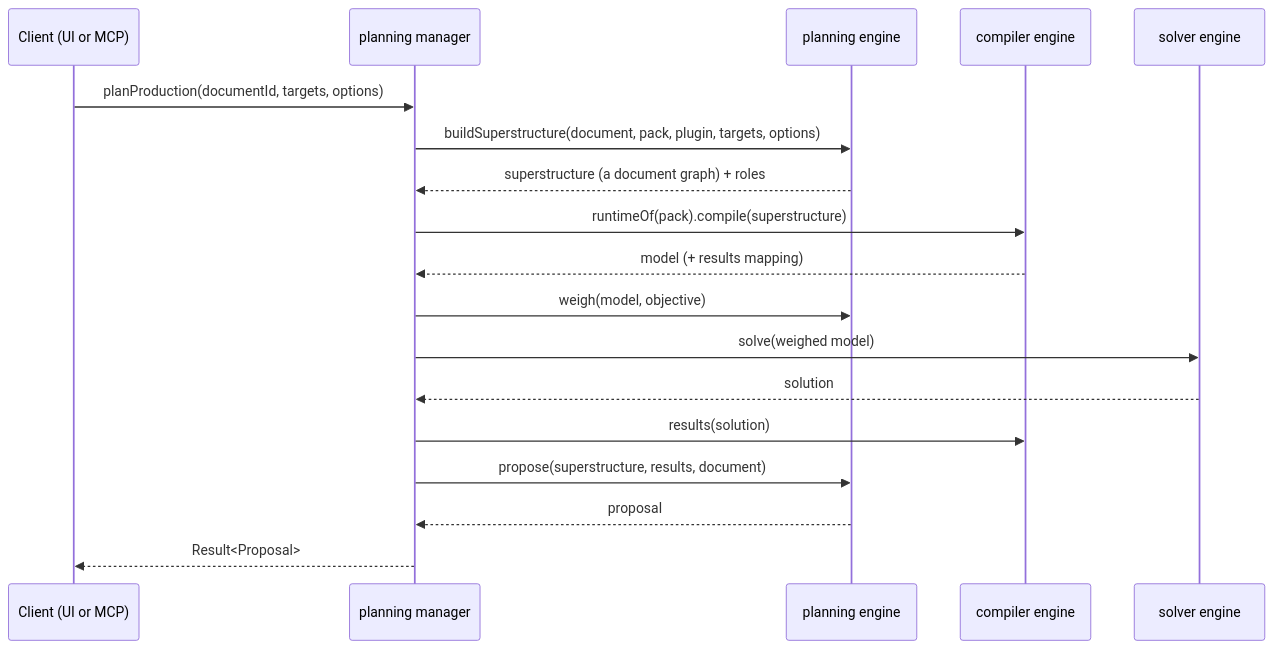
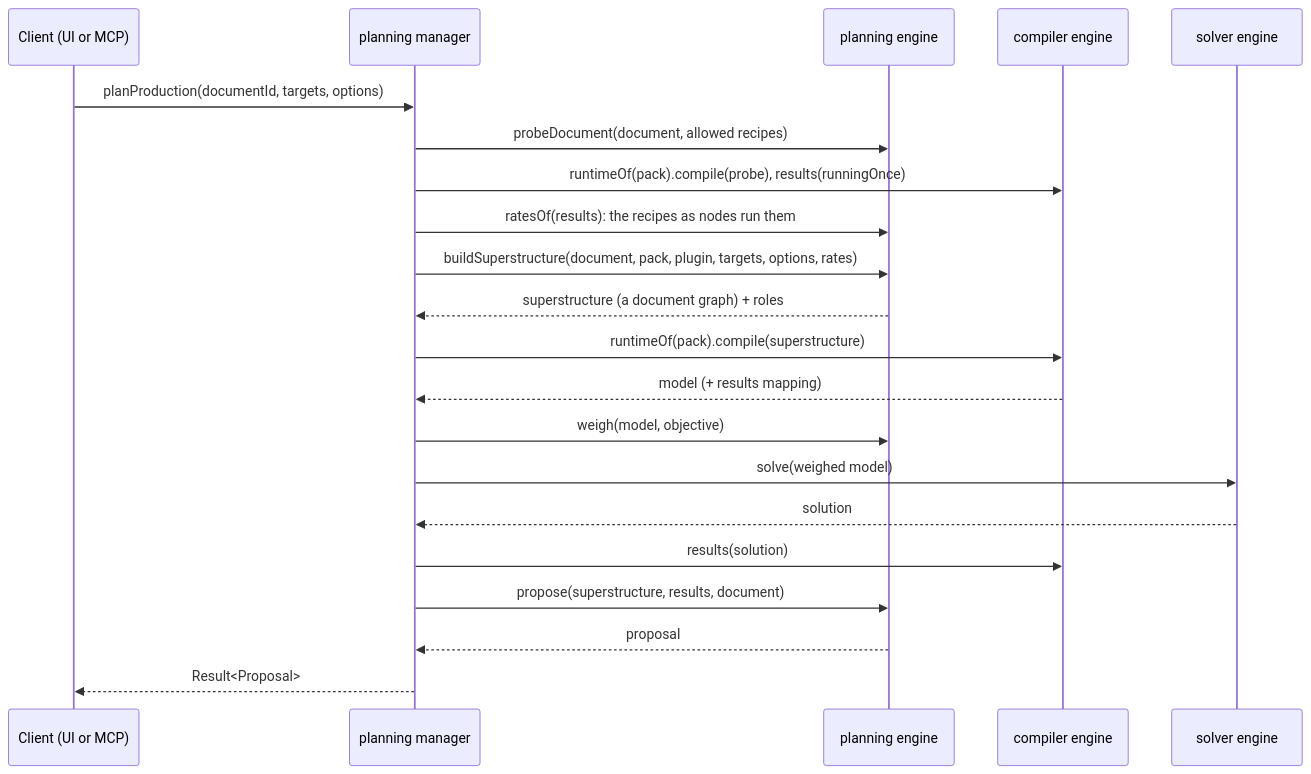
One commit to h3ll5ur7er/carbonara changed the diagram in docs/Architecture/Planning.md. Above: the diagram before and after it, drawn with Mermaid. The commit also changed other lines of this file and 20 other files, not shown here.

````diff
--- a/docs/Architecture/Planning.md
+++ b/docs/Architecture/Planning.md
@@ -11,20 +11,23 @@
 ```mermaid
 sequenceDiagram
   participant C as Client (UI or MCP)
   participant M as planning manager
   participant P as planning engine
   participant K as compiler engine
   participant S as solver engine
   C->>M: planProduction(documentId, targets, options)
-  M->>P: buildSuperstructure(document, pack, plugin, targets, options)
+  M->>P: probeDocument(document, allowed recipes)
+  M->>K: runtimeOf(pack).compile(probe), results(runningOnce)
+  M->>P: ratesOf(results): the recipes as nodes run them
+  M->>P: buildSuperstructure(document, pack, plugin, targets, options, rates)
   P-->>M: superstructure (a document graph) + roles
   M->>K: runtimeOf(pack).compile(superstructure)
   K-->>M: model (+ results mapping)
   M->>P: weigh(model, objective)
   M->>S: solve(weighed model)
   S-->>M: solution
   M->>K: results(solution)
   M->>P: propose(superstructure, results, document)
   P-->>M: proposal
   M-->>C: Result<Proposal>
 ```
````
